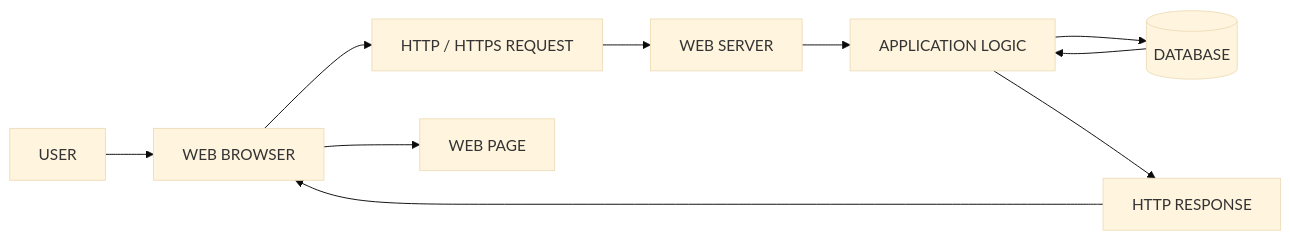
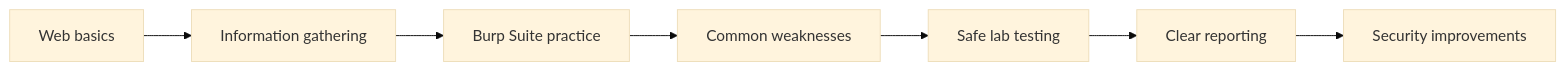
Before and after one commit to GhostMaskR/Web-Application-Basics: the first of 2 diagrams in README.md, drawn with Mermaid (base theme). The commit also changed other lines of this file, not shown here.

````diff
--- a/README.md
+++ b/README.md
@@ -114,12 +48,9 @@
 ```mermaid
 flowchart LR
-    A["USER"] --> B["WEB BROWSER"]
-    B --> C["HTTP / HTTPS REQUEST"]
-    C --> D["WEB SERVER"]
-    D --> E["APPLICATION LOGIC"]
-    E --> F[("DATABASE")]
-    F --> E
-    E --> G["HTTP RESPONSE"]
-    G --> B
-    B --> H["WEB PAGE"]
+    A["Web basics"] --> B["Information gathering"]
+    B --> C["Burp Suite practice"]
+    C --> D["Common weaknesses"]
+    D --> E["Safe lab testing"]
+    E --> F["Clear reporting"]
+    F --> G["Security improvements"]
 ```
````
